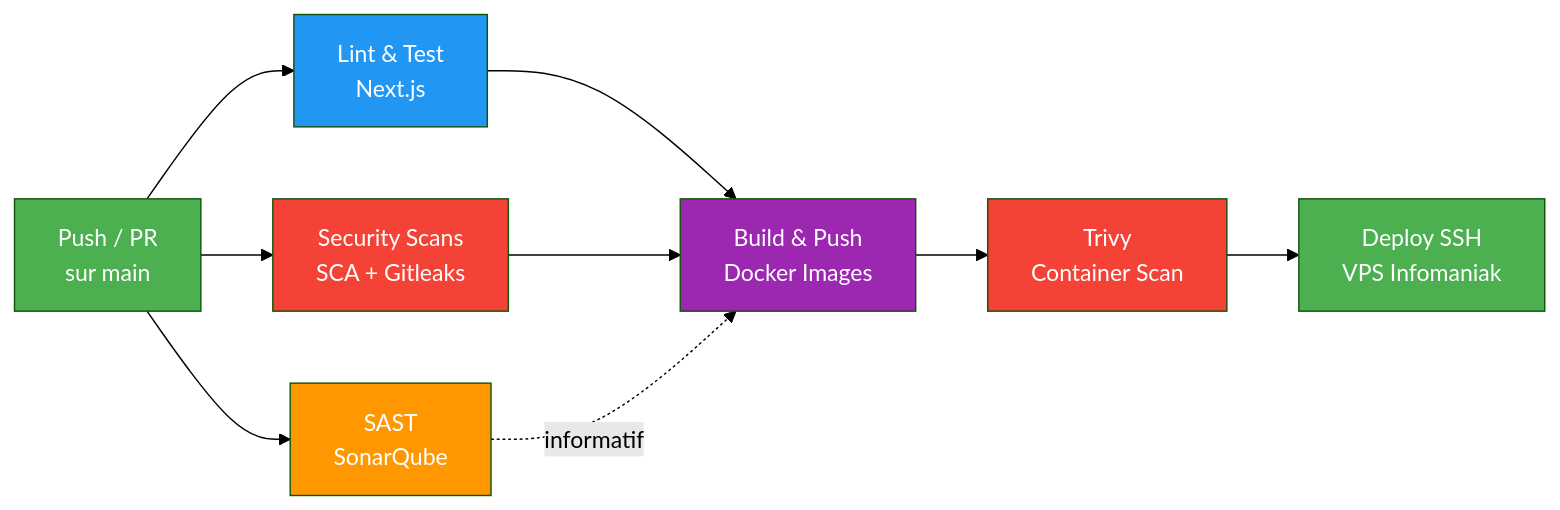
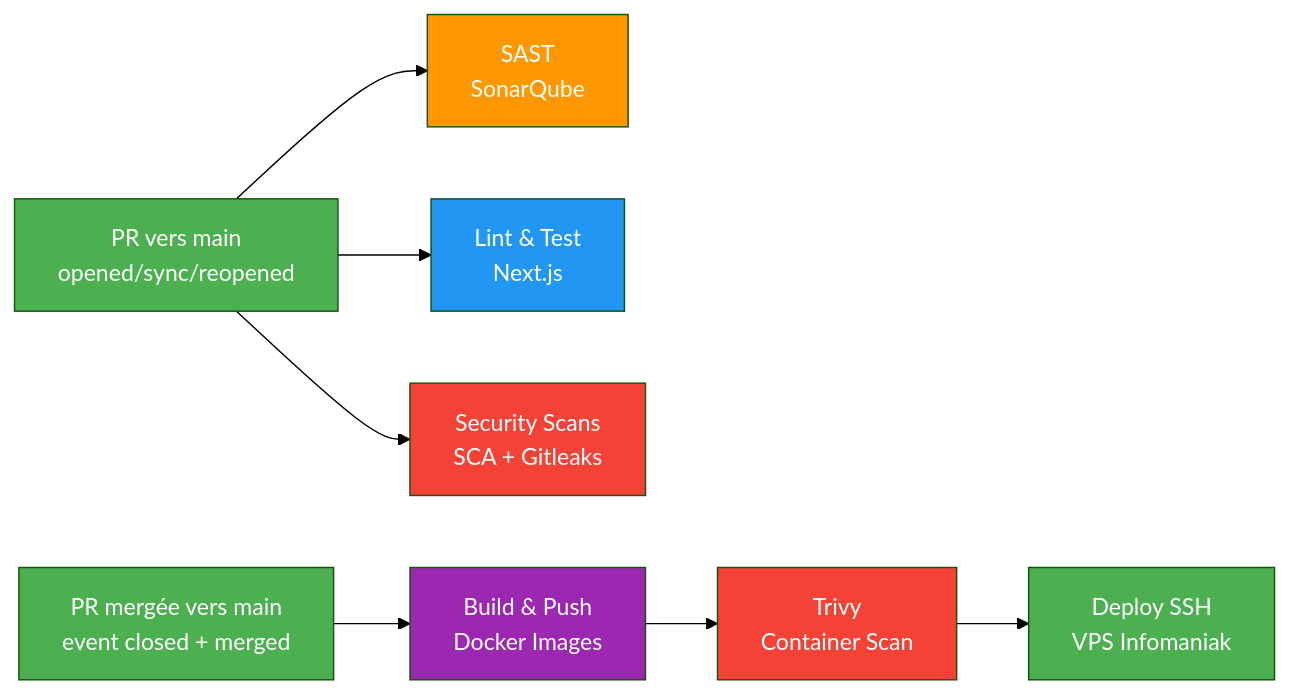
Before and after one commit to TheVisitor-coding/Ref: the diagram in docs/ARCHITECTURE.md, drawn with Mermaid (forest theme). The commit also changed other lines of this file and 8 other files, not shown here.

````diff
--- a/docs/ARCHITECTURE.md
+++ b/docs/ARCHITECTURE.md
@@ -37,22 +42,19 @@
 ```mermaid
 flowchart LR
-    A["Push / PR<br>sur main"] --> B["SAST<br>SonarQube"]
+    A["PR vers main<br>opened/sync/reopened"] --> B["SAST<br>SonarQube"]
     A --> C["Lint & Test<br>Next.js"]
     A --> D["Security Scans<br>SCA + Gitleaks"]
-    
-    C --> E["Build & Push<br>Docker Images"]
-    D --> E
-    
-    E --> F["Trivy<br>Container Scan"]
-    F --> G["Deploy SSH<br>VPS Infomaniak"]
-    
-    B -.-> |informatif| E
+
+    E["PR mergée vers main<br>event closed + merged"] --> F["Build & Push<br>Docker Images"]
+    F --> G["Trivy<br>Container Scan"]
+    G --> H["Deploy SSH<br>VPS Infomaniak"]
     
     style A fill:#4CAF50,color:#fff
+    style E fill:#4CAF50,color:#fff
     style B fill:#FF9800,color:#fff
     style C fill:#2196F3,color:#fff
     style D fill:#f44336,color:#fff
-    style E fill:#9C27B0,color:#fff
-    style F fill:#f44336,color:#fff
-    style G fill:#4CAF50,color:#fff
+    style F fill:#9C27B0,color:#fff
+    style G fill:#f44336,color:#fff
+    style H fill:#4CAF50,color:#fff
 ```
````
